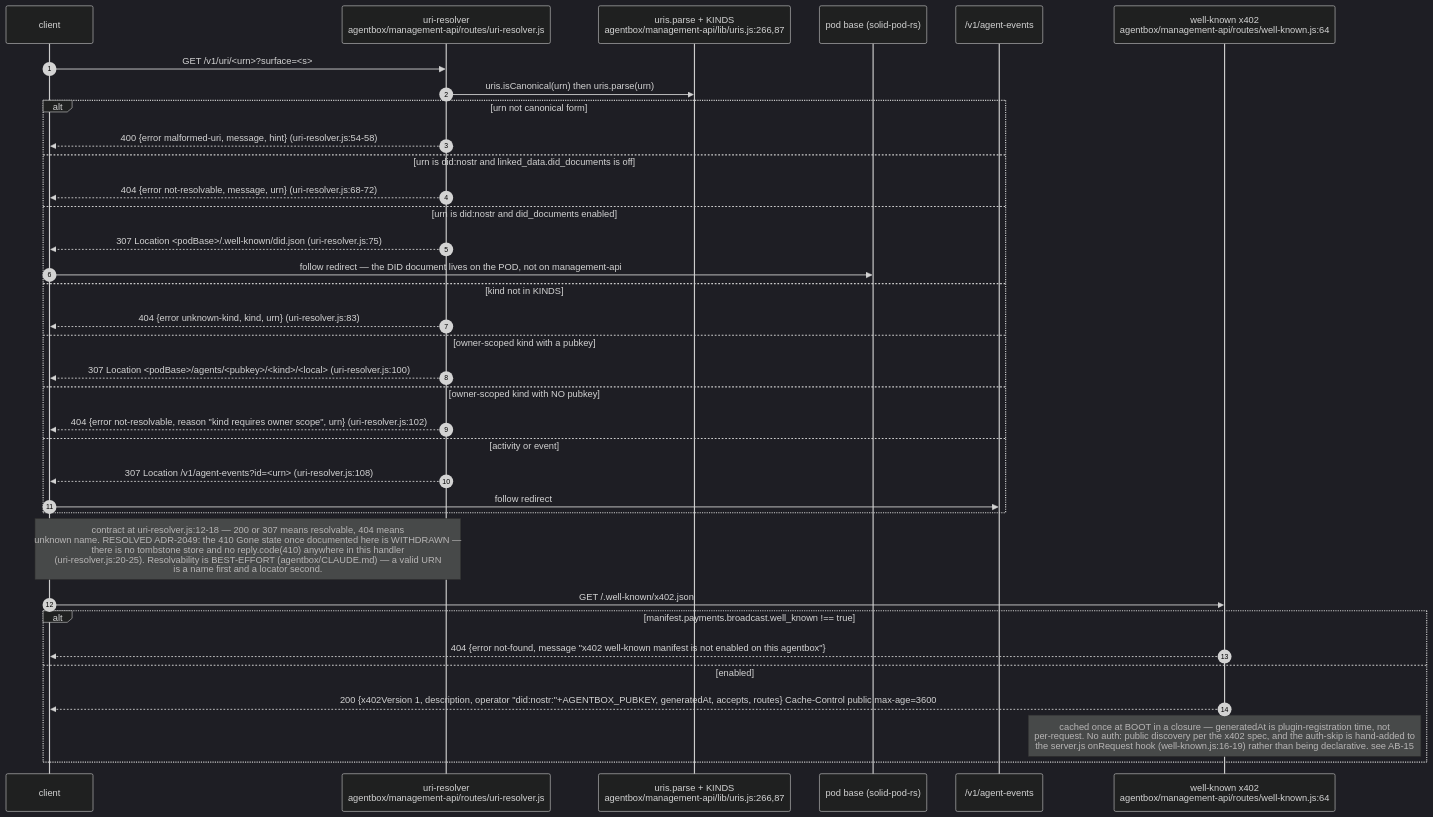
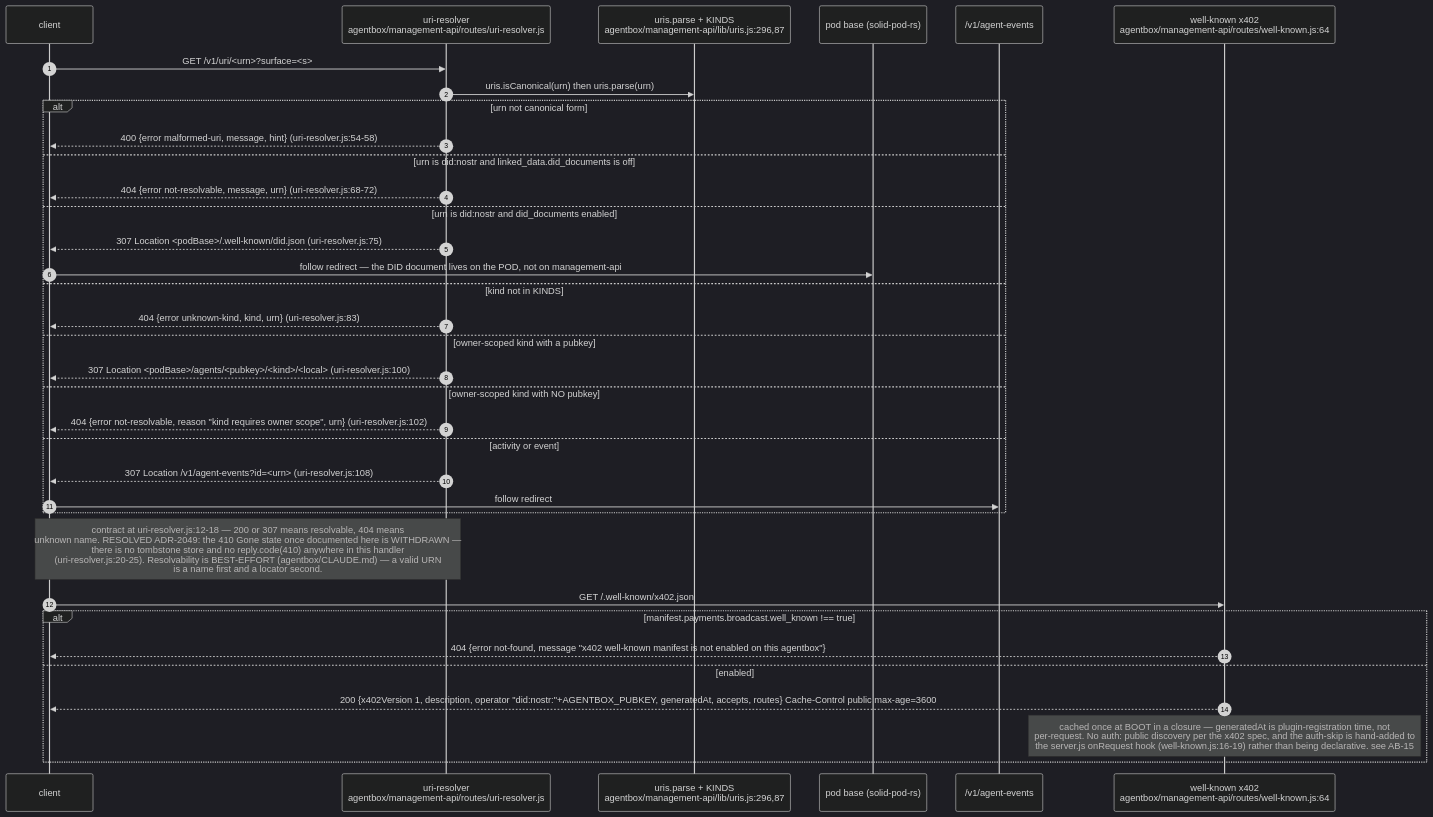
Before and after one commit to DreamLab-AI/VisionFlow: diagram 15 of 16 in docs/diagrams/agentbox/11-identity-did-mandate-authority.md, drawn with Mermaid (dark theme). The commit also changed other lines of this file and 111 other files, not shown here.

Commit message:
docs(diagrams): align estate maps with current source

````diff
--- a/docs/diagrams/agentbox/11-identity-did-mandate-authority.md
+++ b/docs/diagrams/agentbox/11-identity-did-mandate-authority.md
@@ -621,38 +621,38 @@
 ```mermaid
 sequenceDiagram
     autonumber
     participant C as client
     participant UR as uri-resolver<br/>agentbox/management-api/routes/uri-resolver.js
-    participant K as uris.parse + KINDS<br/>agentbox/management-api/lib/uris.js:266,87
+    participant K as uris.parse + KINDS<br/>agentbox/management-api/lib/uris.js:296,87
     participant POD as pod base (solid-pod-rs)
     participant AE as /v1/agent-events
     participant WK as well-known x402<br/>agentbox/management-api/routes/well-known.js:64
 
     C->>UR: GET /v1/uri/<urn>?surface=<s>
     UR->>K: uris.isCanonical(urn) then uris.parse(urn)
     alt urn not canonical form
         UR-->>C: 400 {error malformed-uri, message, hint} (uri-resolver.js:54-58)
     else urn is did:nostr and linked_data.did_documents is off
         UR-->>C: 404 {error not-resolvable, message, urn} (uri-resolver.js:68-72)
     else urn is did:nostr and did_documents enabled
         UR-->>C: 307 Location <podBase>/.well-known/did.json (uri-resolver.js:75)
         C->>POD: follow redirect — the DID document lives on the POD, not on management-api
     else kind not in KINDS
         UR-->>C: 404 {error unknown-kind, kind, urn} (uri-resolver.js:83)
     else owner-scoped kind with a pubkey
         UR-->>C: 307 Location <podBase>/agents/<pubkey>/<kind>/<local> (uri-resolver.js:100)
     else owner-scoped kind with NO pubkey
         UR-->>C: 404 {error not-resolvable, reason "kind requires owner scope", urn} (uri-resolver.js:102)
     else activity or event
         UR-->>C: 307 Location /v1/agent-events?id=<urn> (uri-resolver.js:108)
         C->>AE: follow redirect
     end
 Note over UR,C: contract at uri-resolver.js:12-18 — 200 or 307 means resolvable, 404 means<br/>unknown name. RESOLVED ADR-2049: the 410 Gone state once documented here is WITHDRAWN —<br/>there is no tombstone store and no reply.code(410) anywhere in this handler<br/>(uri-resolver.js:20-25). Resolvability is BEST-EFFORT (agentbox/CLAUDE.md) — a valid URN<br/>is a name first and a locator second.
     C->>WK: GET /.well-known/x402.json
     alt manifest.payments.broadcast.well_known !== true
         WK-->>C: 404 {error not-found, message "x402 well-known manifest is not enabled on this agentbox"}
     else enabled
         WK-->>C: 200 {x402Version 1, description, operator "did:nostr:"+AGENTBOX_PUBKEY, generatedAt, accepts, routes} Cache-Control public max-age=3600
 Note over WK: cached once at BOOT in a closure — generatedAt is plugin-registration time, not<br/>per-request. No auth: public discovery per the x402 spec, and the auth-skip is hand-added to<br/>the server.js onRequest hook (well-known.js:16-19) rather than being declarative. see AB-15
     end
 ```
````
